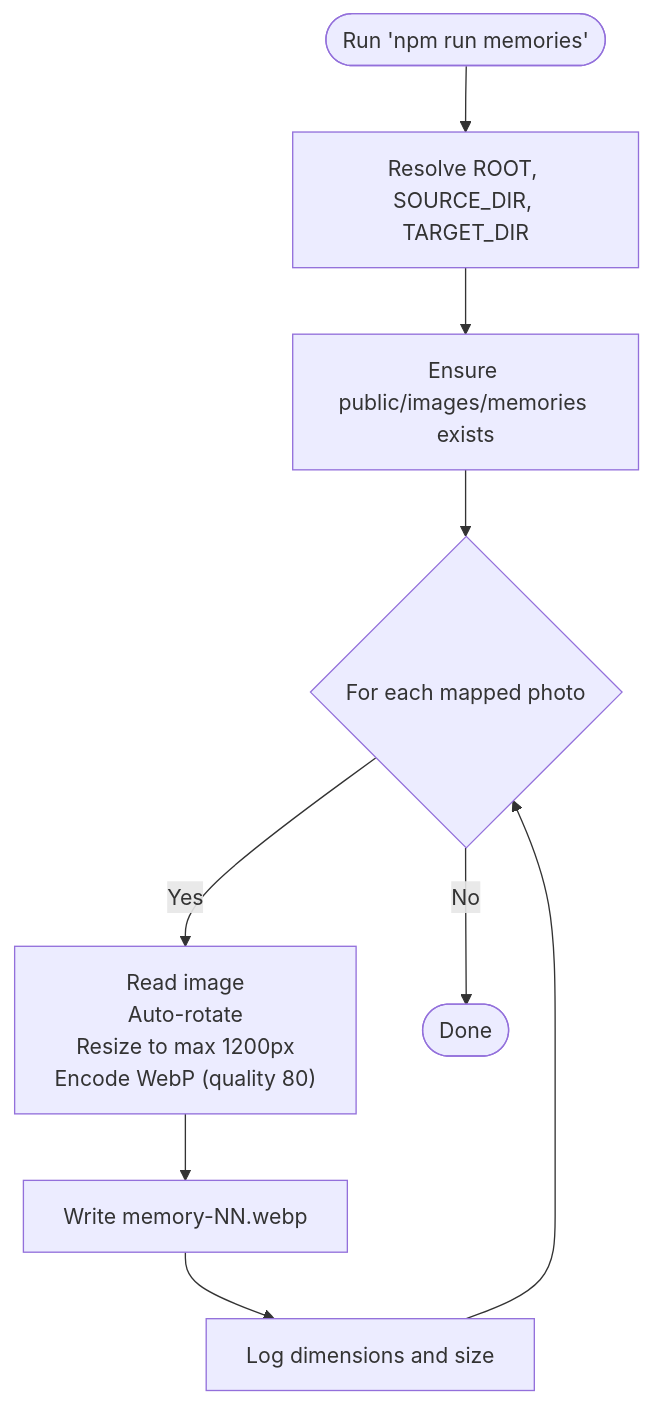
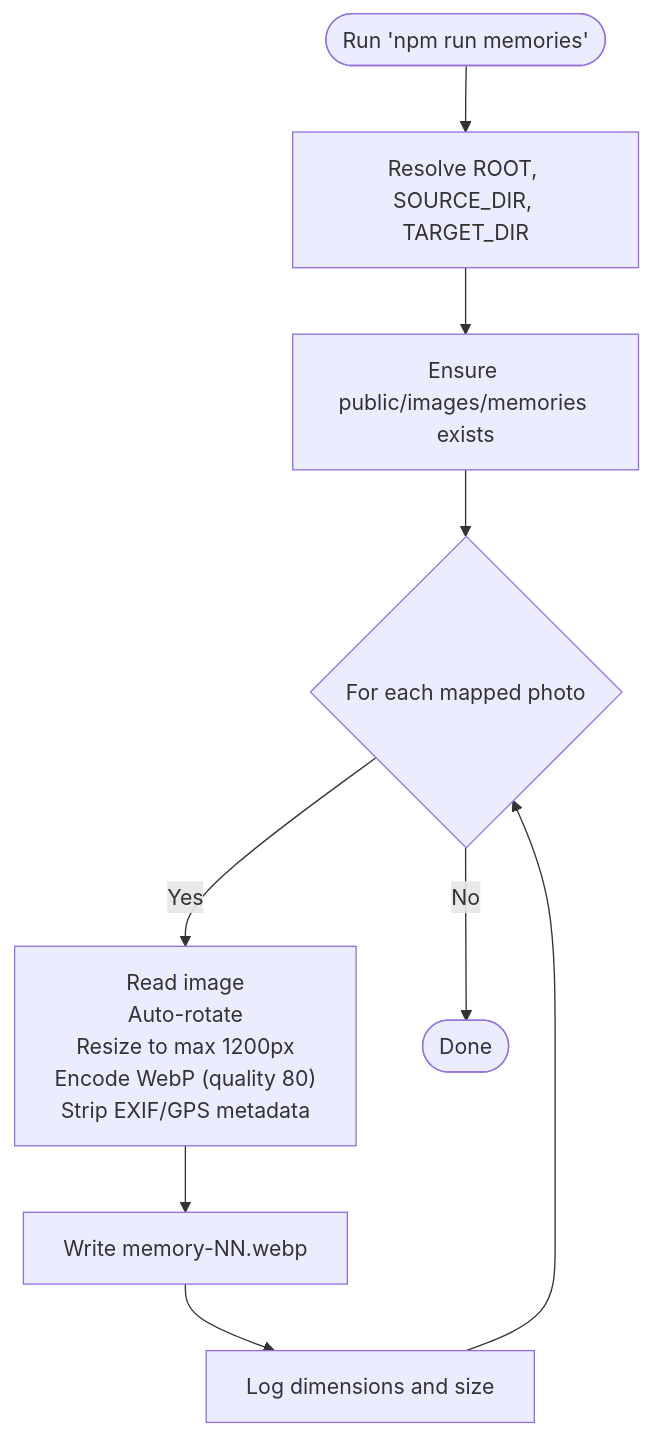
Before and after one commit to quangkiet1/anh-xin-loi: the third of 4 diagrams in .qoder/repowiki/en/content/Implementation Guide/Build Tooling and Configuration.md, drawn with Mermaid. The commit also changed other lines of this file and 13 other files, not shown here.

````diff
--- a/.qoder/repowiki/en/content/Implementation Guide/Build Tooling and Configuration.md
+++ b/.qoder/repowiki/en/content/Implementation Guide/Build Tooling and Configuration.md
@@ -213,11 +258,11 @@
 ```mermaid
 flowchart TD
 Start(["Run 'npm run memories'"]) --> Init["Resolve ROOT, SOURCE_DIR, TARGET_DIR"]
 Init --> EnsureDir["Ensure public/images/memories exists"]
 EnsureDir --> Loop{"For each mapped photo"}
-Loop --> |Yes| Process["Read image<br/>Auto-rotate<br/>Resize to max 1200px<br/>Encode WebP (quality 80)"]
+Loop --> |Yes| Process["Read image<br/>Auto-rotate<br/>Resize to max 1200px<br/>Encode WebP (quality 80)<br/>Strip EXIF/GPS metadata"]
 Process --> Write["Write memory-NN.webp"]
 Write --> Log["Log dimensions and size"]
 Log --> Loop
 Loop --> |No| End(["Done"])
 ```
````
